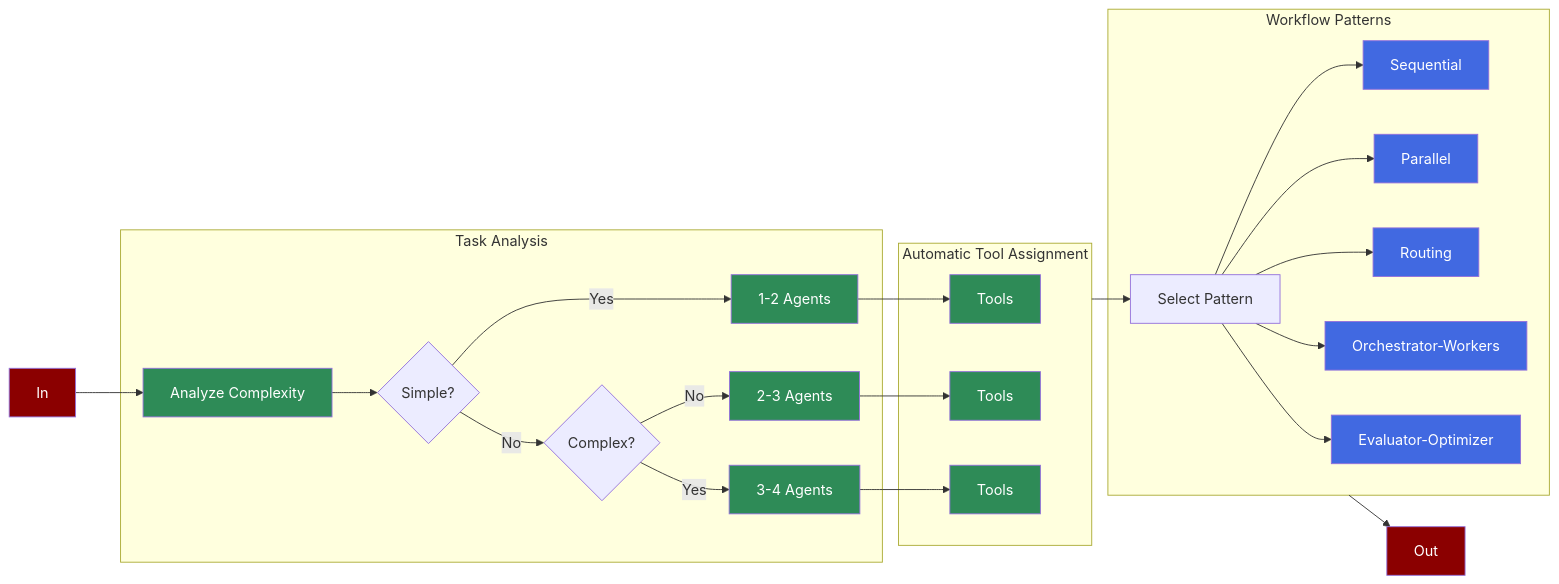
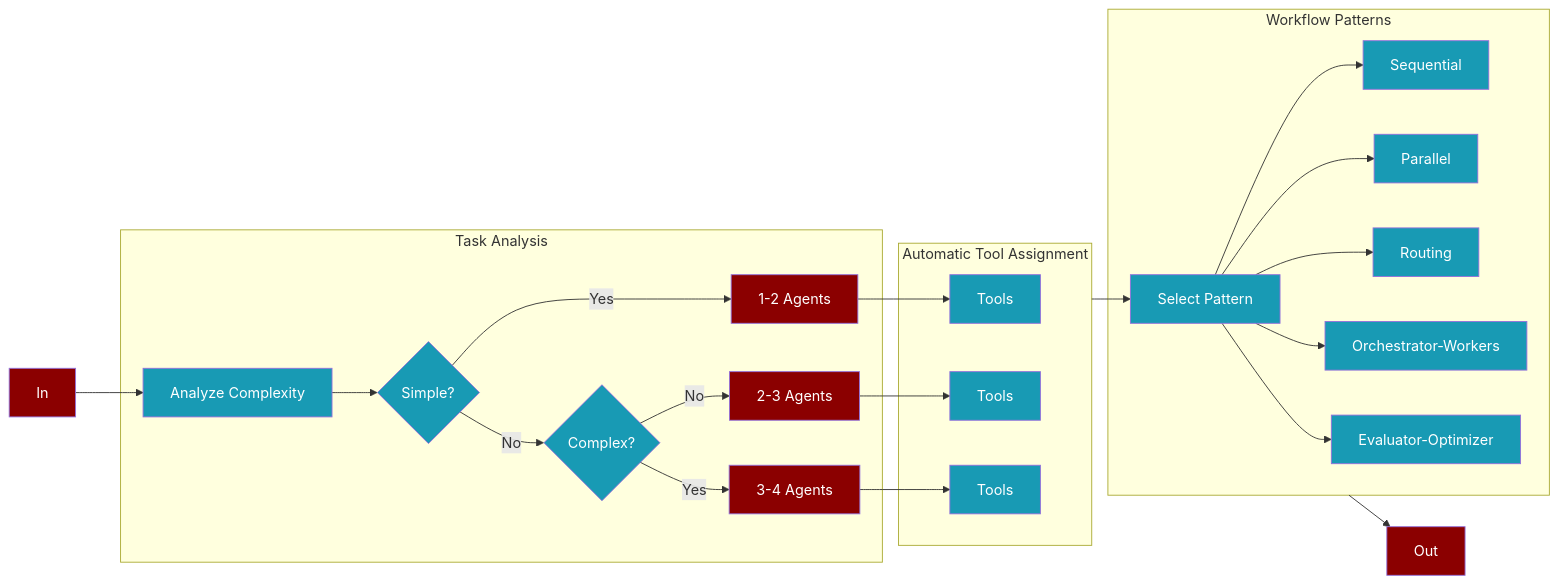
Before and after one commit to MervinPraison/PraisonAIDocs: the first of 2 diagrams in docs/features/autoagents.mdx, drawn with Mermaid. The commit also changed 24 other files, not shown here.

````diff
--- a/docs/features/autoagents.mdx
+++ b/docs/features/autoagents.mdx
@@ -7,45 +7,36 @@
 ```mermaid
 flowchart LR
     In[In] --> Analyze[Analyze Complexity]
     
     subgraph Analysis[Task Analysis]
         Analyze --> Simple{Simple?}
         Simple -->|Yes| Agent1[1-2 Agents]
         Simple -->|No| Complex{Complex?}
         Complex -->|Yes| Agent3[3-4 Agents]
         Complex -->|No| Agent2[2-3 Agents]
     end
     
     subgraph Tools[Automatic Tool Assignment]
         Agent1 --> Tool1[Tools]
         Agent2 --> Tool2[Tools]
         Agent3 --> Tool3[Tools]
     end
     
     Tools --> Pattern[Select Pattern]
     
     subgraph Patterns[Workflow Patterns]
         Pattern --> Seq[Sequential]
         Pattern --> Par[Parallel]
         Pattern --> Route[Routing]
         Pattern --> Orch[Orchestrator-Workers]
         Pattern --> Eval[Evaluator-Optimizer]
     end
     
     Patterns --> Out[Out]
     
-    style In fill:#8B0000,color:#fff
-    style Analyze fill:#2E8B57,color:#fff
-    style Agent1 fill:#2E8B57,color:#fff
-    style Agent2 fill:#2E8B57,color:#fff
-    style Agent3 fill:#2E8B57,color:#fff
-    style Tool1 fill:#2E8B57,color:#fff
-    style Tool2 fill:#2E8B57,color:#fff
-    style Tool3 fill:#2E8B57,color:#fff
-    style Seq fill:#4169E1,color:#fff
-    style Par fill:#4169E1,color:#fff
-    style Route fill:#4169E1,color:#fff
-    style Orch fill:#4169E1,color:#fff
-    style Eval fill:#4169E1,color:#fff
-    style Out fill:#8B0000,color:#fff
+    classDef agent fill:#8B0000,color:#fff
+    classDef tool fill:#189AB4,color:#fff
+    
+    class Agent1,Agent2,Agent3,In,Out agent
+    class Analyze,Simple,Complex,Tool1,Tool2,Tool3,Pattern,Seq,Par,Route,Orch,Eval tool
 ```
````
